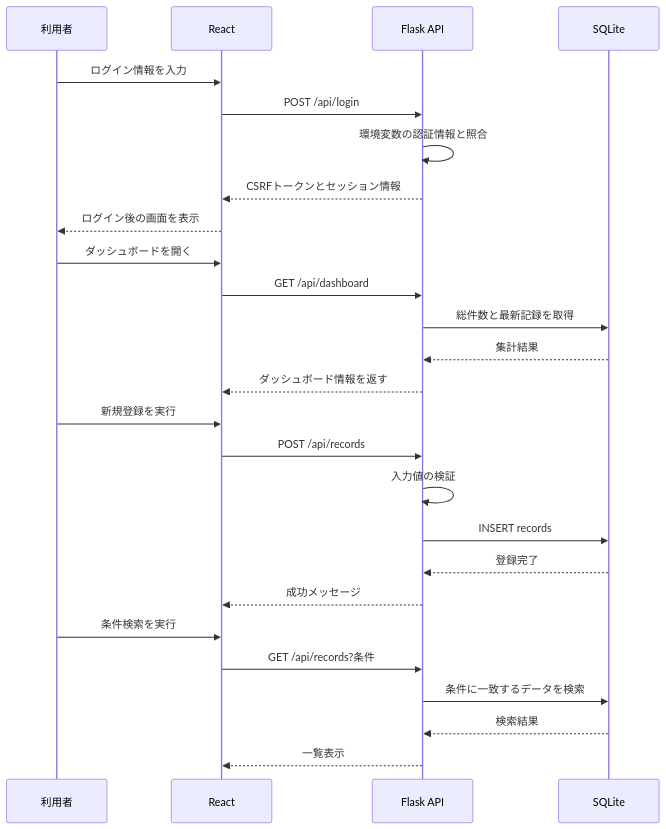
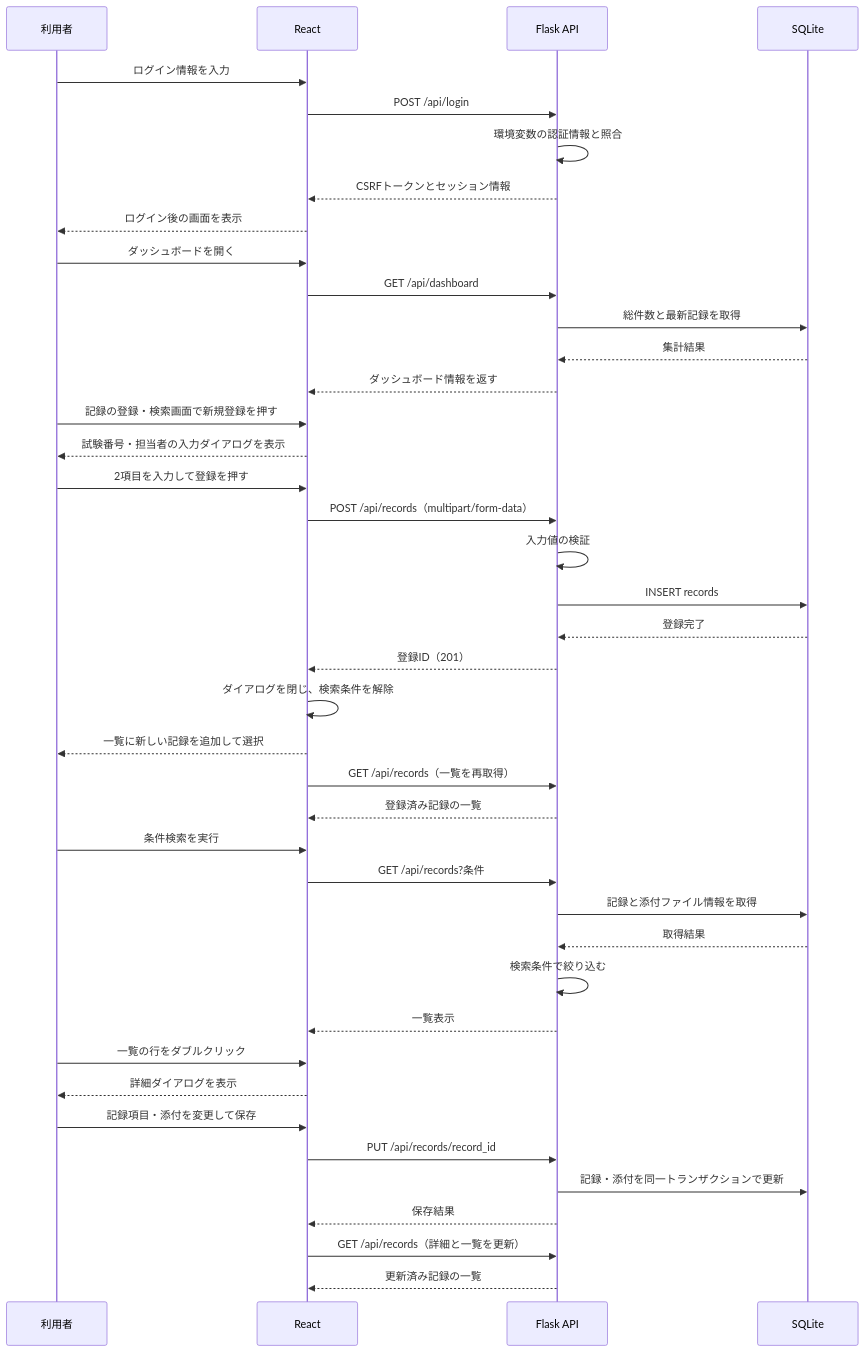
One commit to osamu3yamazaki0801-collab/TestRecordSystem changed the second of 3 diagrams in docs/設計書.md. Above: the diagram before and after it, drawn with Mermaid. The commit also changed other lines of this file and 5 other files, not shown here.

````diff
--- a/docs/設計書.md
+++ b/docs/設計書.md
@@ -164,32 +166,48 @@
 ```mermaid
 sequenceDiagram
     participant User as 利用者
     participant React as React
     participant Flask as Flask API
     participant SQLite as SQLite
 
     User->>React: ログイン情報を入力
     React->>Flask: POST /api/login
     Flask->>Flask: 環境変数の認証情報と照合
     Flask-->>React: CSRFトークンとセッション情報
     React-->>User: ログイン後の画面を表示
 
     User->>React: ダッシュボードを開く
     React->>Flask: GET /api/dashboard
     Flask->>SQLite: 総件数と最新記録を取得
     SQLite-->>Flask: 集計結果
     Flask-->>React: ダッシュボード情報を返す
 
-    User->>React: 新規登録を実行
-    React->>Flask: POST /api/records
+    User->>React: 記録の登録・検索画面で新規登録を押す
+    React-->>User: 試験番号・担当者の入力ダイアログを表示
+    User->>React: 2項目を入力して登録を押す
+    React->>Flask: POST /api/records（multipart/form-data）
     Flask->>Flask: 入力値の検証
     Flask->>SQLite: INSERT records
     SQLite-->>Flask: 登録完了
-    Flask-->>React: 成功メッセージ
+    Flask-->>React: 登録ID（201）
+    React->>React: ダイアログを閉じ、検索条件を解除
+    React-->>User: 一覧に新しい記録を追加して選択
+    React->>Flask: GET /api/records（一覧を再取得）
+    Flask-->>React: 登録済み記録の一覧
 
     User->>React: 条件検索を実行
     React->>Flask: GET /api/records?条件
-    Flask->>SQLite: 条件に一致するデータを検索
-    SQLite-->>Flask: 検索結果
+    Flask->>SQLite: 記録と添付ファイル情報を取得
+    SQLite-->>Flask: 取得結果
+    Flask->>Flask: 検索条件で絞り込む
     Flask-->>React: 一覧表示
+
+    User->>React: 一覧の行をダブルクリック
+    React-->>User: 詳細ダイアログを表示
+    User->>React: 記録項目・添付を変更して保存
+    React->>Flask: PUT /api/records/record_id
+    Flask->>SQLite: 記録・添付を同一トランザクションで更新
+    Flask-->>React: 保存結果
+    React->>Flask: GET /api/records（詳細と一覧を更新）
+    Flask-->>React: 更新済み記録の一覧
 ```
````
